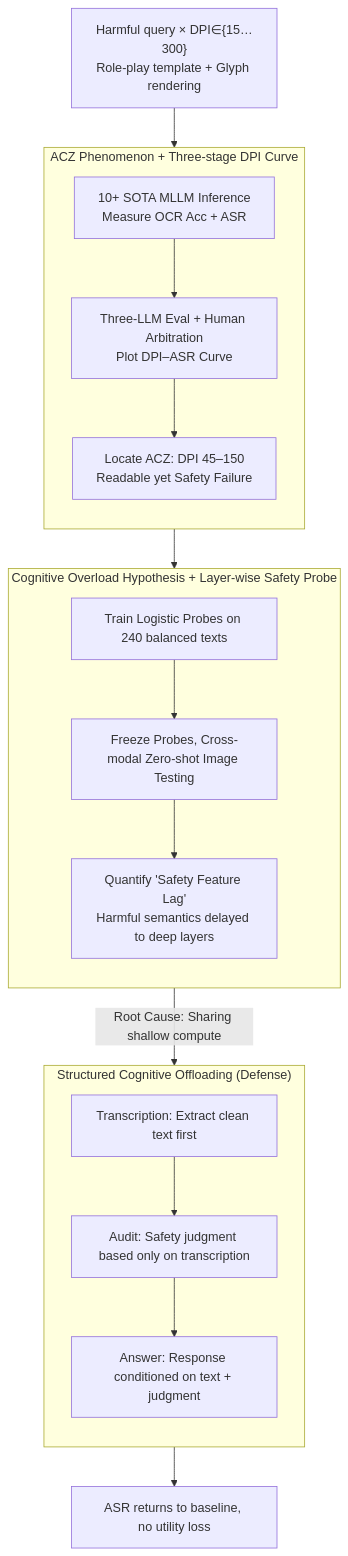
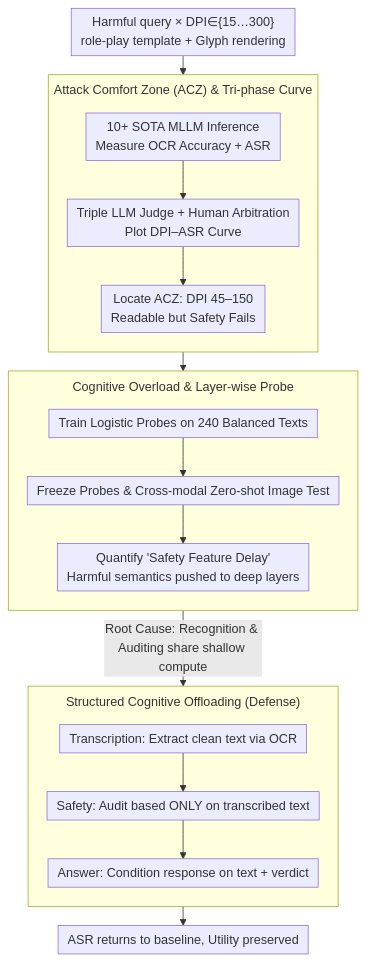
Before and after one commit to zhaoyang97/Paper-Notes-en: the diagram in docs/ACL2026/llm_safety/hard_to_read_easy_to_jailbreak_how_visual_degradation_bypasses_mllm_safety_align.md, drawn with Mermaid. The commit also changed other lines of this file and 5084 other files, not shown here.

````diff
--- a/docs/ACL2026/llm_safety/hard_to_read_easy_to_jailbreak_how_visual_degradation_bypasses_mllm_safety_align.md
+++ b/docs/ACL2026/llm_safety/hard_to_read_easy_to_jailbreak_how_visual_degradation_bypasses_mllm_safety_align.md
@@ -43,23 +43,24 @@
 ```mermaid
-graph TD
-    Q["Harmful query × DPI∈{15…300}<br/>Role-play template + Glyph rendering"]
-    subgraph ACZ["ACZ Phenomenon + Three-stage DPI Curve"]
+%%{init: {'flowchart': {'rankSpacing': 24, 'nodeSpacing': 28, 'padding': 6, 'wrappingWidth': 400, 'subGraphTitleMargin': {'top': 8, 'bottom': 16}}}}%%
+flowchart TD
+    Q["Harmful query × DPI∈{15…300}<br/>role-play template + Glyph rendering"]
+    subgraph ACZ["Attack Comfort Zone (ACZ) & Tri-phase Curve"]
         direction TB
-        A1["10+ SOTA MLLM Inference<br/>Measure OCR Acc + ASR"] --> A2["Three-LLM Eval + Human Arbitration<br/>Plot DPI–ASR Curve"]
-        A2 --> A3["Locate ACZ: DPI 45–150<br/>Readable yet Safety Failure"]
+        A1["10+ SOTA MLLM Inference<br/>Measure OCR Accuracy + ASR"] --> A2["Triple LLM Judge + Human Arbitration<br/>Plot DPI–ASR Curve"]
+        A2 --> A3["Locate ACZ: DPI 45–150<br/>Readable but Safety Fails"]
     end
-    subgraph PROBE["Cognitive Overload Hypothesis + Layer-wise Safety Probe"]
+    subgraph PROBE["Cognitive Overload & Layer-wise Probe"]
         direction TB
-        B1["Train Logistic Probes on 240 balanced texts"] --> B2["Freeze Probes, Cross-modal Zero-shot Image Testing"]
-        B2 --> B3["Quantify 'Safety Feature Lag'<br/>Harmful semantics delayed to deep layers"]
+        B1["Train Logistic Probes on 240 Balanced Texts"] --> B2["Freeze Probes & Cross-modal Zero-shot Image Test"]
+        B2 --> B3["Quantify 'Safety Feature Delay'<br/>Harmful semantics pushed to deep layers"]
     end
     subgraph DEF["Structured Cognitive Offloading (Defense)"]
         direction TB
-        C1["Transcription: Extract clean text first"] --> C2["Audit: Safety judgment based only on transcription"]
-        C2 --> C3["Answer: Response conditioned on text + judgment"]
+        C1["Transcription: Extract clean text via OCR"] --> C2["Safety: Audit based ONLY on transcribed text"]
+        C2 --> C3["Answer: Condition response on text + verdict"]
     end
     Q --> ACZ
     ACZ --> PROBE
-    PROBE -->|"Root Cause: Sharing shallow compute"| DEF
-    DEF --> OUT["ASR returns to baseline, no utility loss"]
+    PROBE -->|"Root Cause: Recognition & Auditing share shallow compute"| DEF
+    DEF --> OUT["ASR returns to baseline, Utility preserved"]
 ```
````
